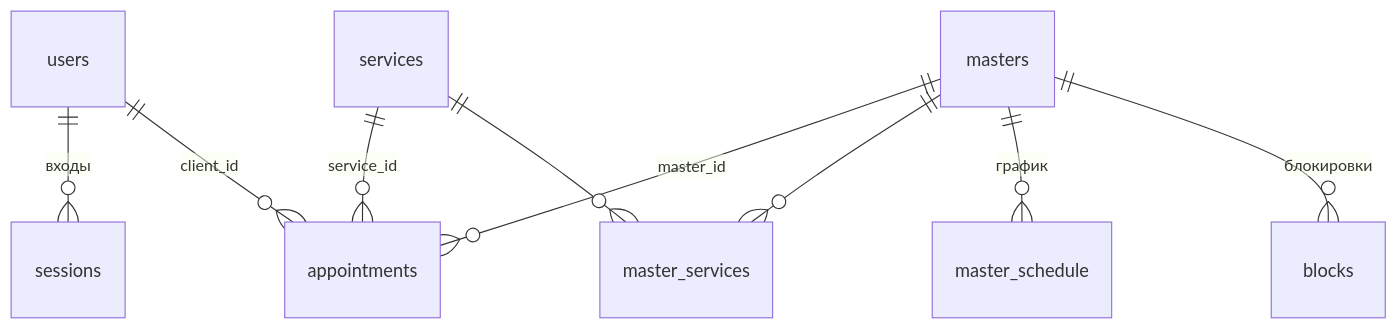
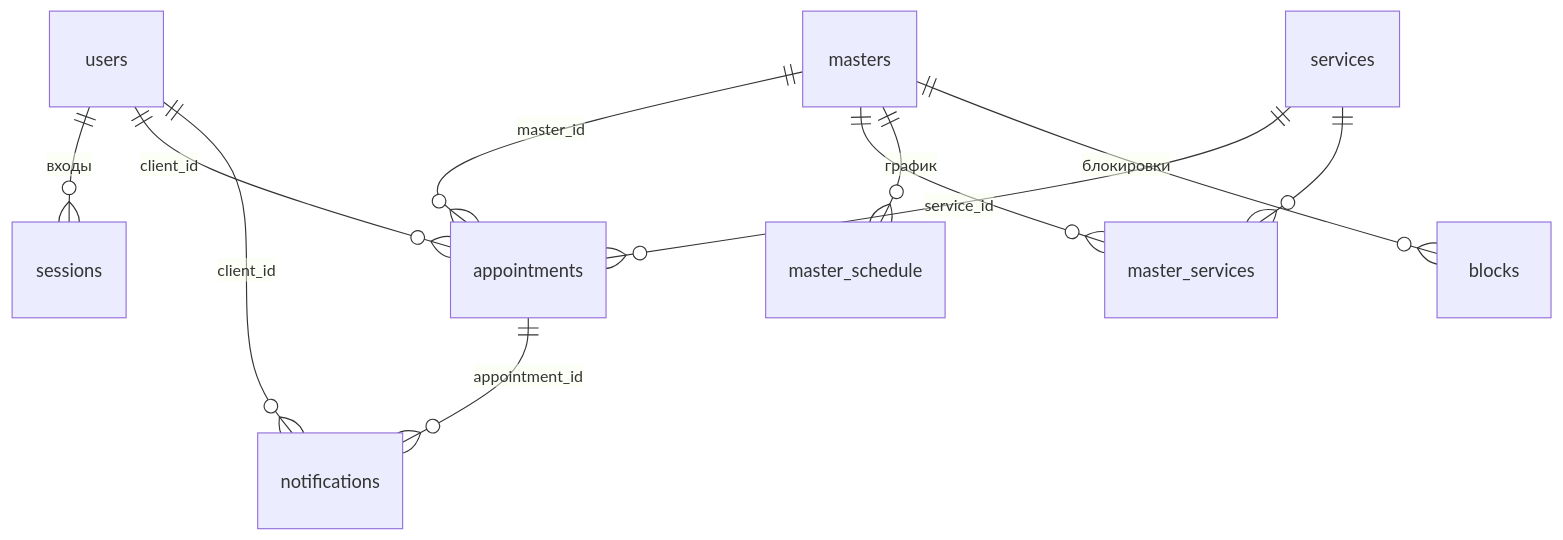
Before and after one commit to topchegan/Alla_Zveroboeva_booking: the diagram in docs/db-schema.md, drawn with Mermaid. The commit also changed other lines of this file and 20 other files, not shown here.

````diff
--- a/docs/db-schema.md
+++ b/docs/db-schema.md
@@ -23,11 +23,13 @@
 ```mermaid
 erDiagram
   users ||--o{ sessions : "входы"
   users ||--o{ appointments : "client_id"
+  users ||--o{ notifications : "client_id"
+  appointments ||--o{ notifications : "appointment_id"
   masters ||--o{ appointments : "master_id"
   services ||--o{ appointments : "service_id"
   masters ||--o{ master_services : ""
   services ||--o{ master_services : ""
   masters ||--o{ master_schedule : "график"
   masters ||--o{ blocks : "блокировки"
 ```
````
